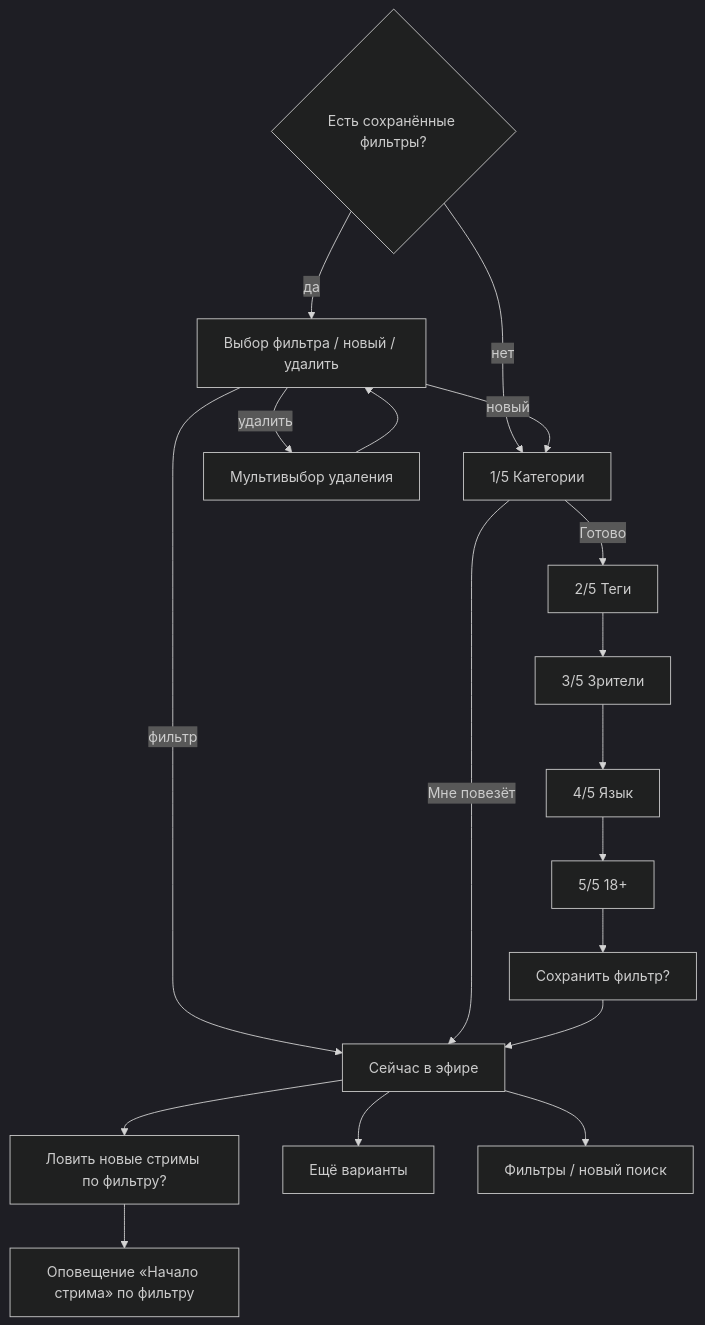
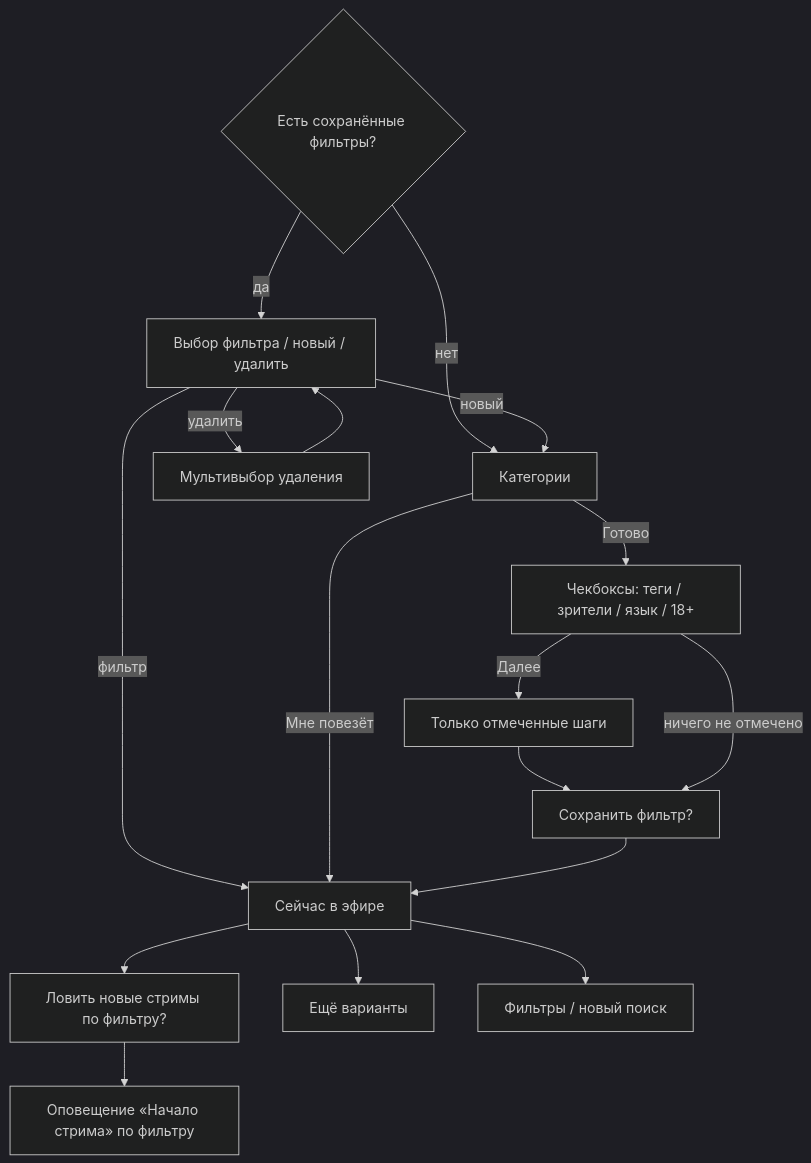
Before and after one commit to Marfa/twitch-telegram-bot: the third of 3 diagrams in docs/user-flow-map.ru.md, drawn with Mermaid (dark theme). The commit also changed other lines of this file and 21 other files, not shown here.

````diff
--- a/docs/user-flow-map.ru.md
+++ b/docs/user-flow-map.ru.md
@@ -311,21 +310,20 @@
 ```mermaid
 flowchart TD
   P{Есть сохранённые фильтры?}
   P -->|да| PICK["Выбор фильтра / новый / удалить"]
   P -->|нет| W1
   PICK -->|фильтр| RES["Сейчас в эфире"]
-  PICK -->|новый| W1["1/5 Категории"]
+  PICK -->|новый| W1["Категории"]
   PICK -->|удалить| DEL["Мультивыбор удаления"]
   DEL --> PICK
   W1 -->|Мне повезёт| RES
-  W1 -->|Готово| W2["2/5 Теги"]
-  W2 --> W3["3/5 Зрители"]
-  W3 --> W4["4/5 Язык"]
-  W4 --> W5["5/5 18+"]
-  W5 --> SAVE["Сохранить фильтр?"]
+  W1 -->|Готово| FILT["Чекбоксы: теги / зрители / язык / 18+"]
+  FILT -->|Далее| DET["Только отмеченные шаги"]
+  DET --> SAVE["Сохранить фильтр?"]
+  FILT -->|ничего не отмечено| SAVE
   SAVE --> RES
   RES --> CATCH["Ловить новые стримы по фильтру?"]
   RES --> AGAIN["Ещё варианты"]
   RES --> CHG["Фильтры / новый поиск"]
   CATCH --> LIVE["Оповещение «Начало стрима» по фильтру"]
 ```
````
